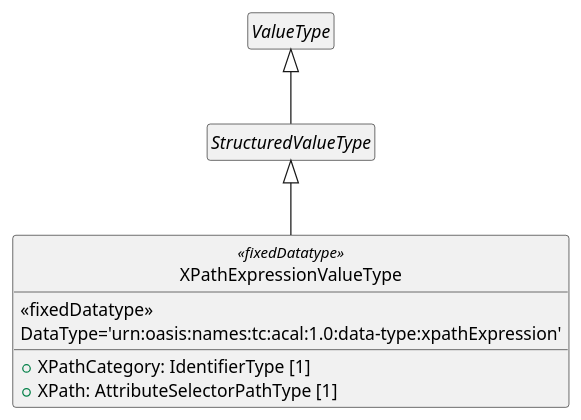
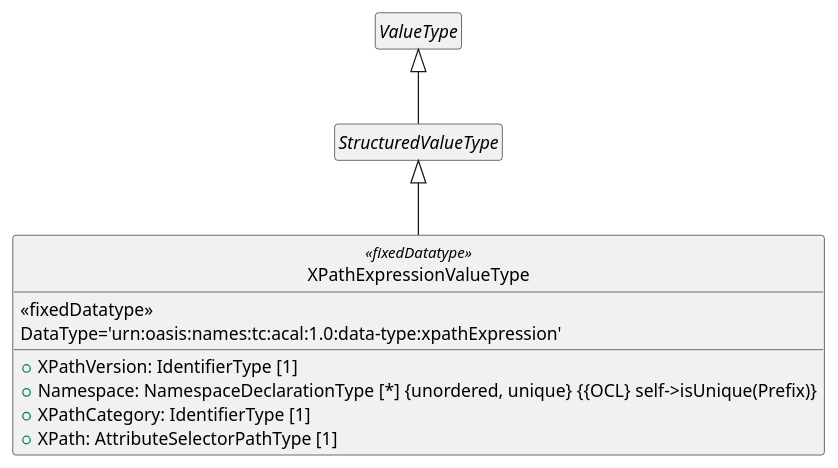
Before and after one commit to oasis-tcs/xacml-spec: the fifth of 5 diagrams in acal-xpath-v1.0.md, drawn with PlantUML. The commit also changed other lines of this file and 21 other files, not shown here.

````diff
--- a/acal-xpath-v1.0.md
+++ b/acal-xpath-v1.0.md
@@ -597,16 +554,18 @@
 ```plantuml
 @startuml
 hide empty members
 hide circle
 
 abstract class ValueType
 abstract class StructuredValueType extends ValueType
 class XPathExpressionValueType <<fixedDatatype>> extends StructuredValueType {
     <<fixedDatatype>>
     DataType='urn:oasis:names:tc:acal:1.0:data-type:xpathExpression'
     __
+    + XPathVersion: IdentifierType [1]
+    {field} + Namespace: NamespaceDeclarationType [*] {unordered, unique} {{OCL} self->isUnique(Prefix)}
     + XPathCategory: IdentifierType [1]
     + XPath: AttributeSelectorPathType [1]
 }
 @enduml 
 ```
````
